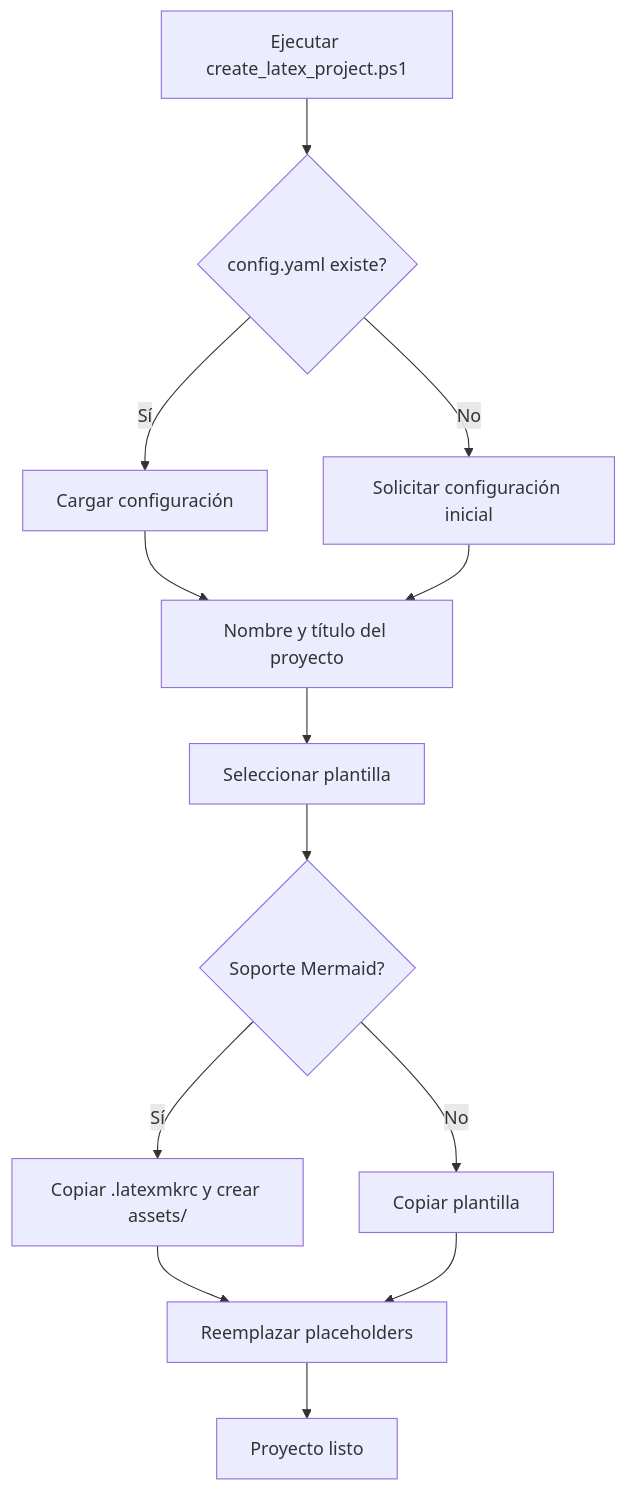
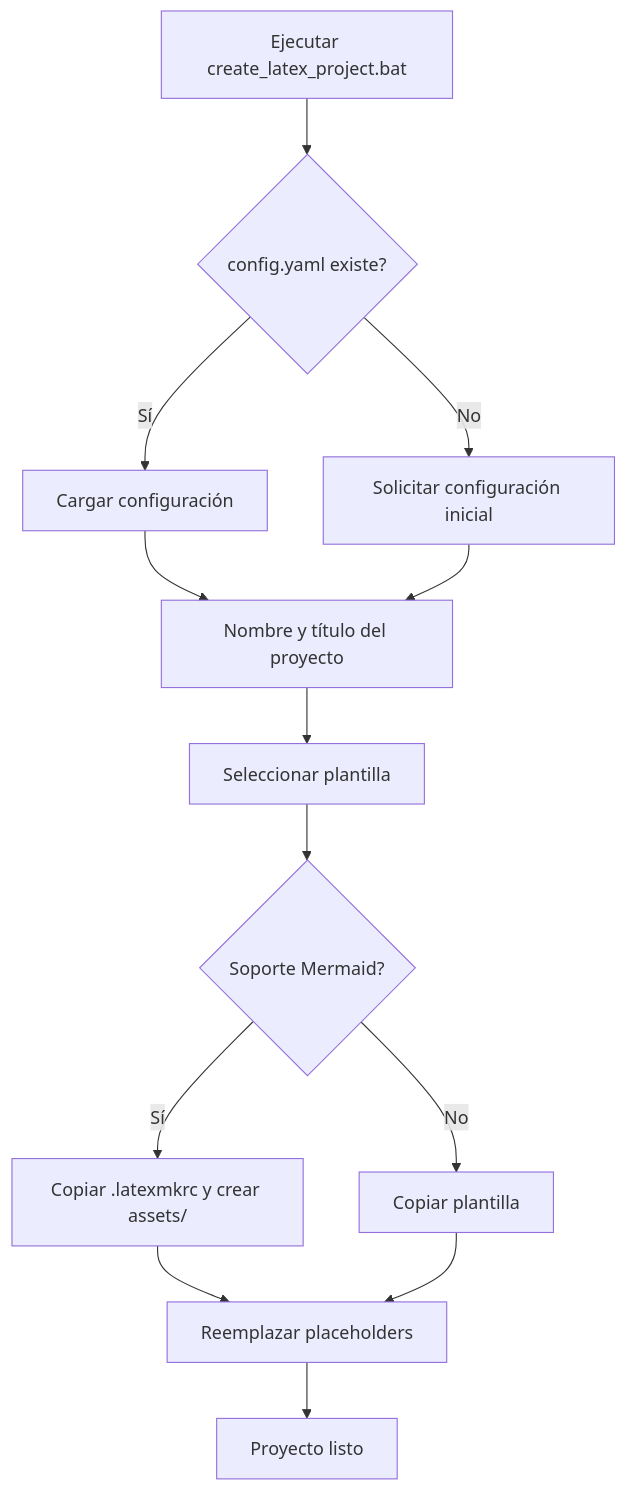
Before and after one commit to JheisonMB/LaTeX_env: the diagram in README.md, drawn with Mermaid. The commit also changed other lines of this file and 5 other files, not shown here.

Commit message:
feat: wrap create ps1 into bat file

````diff
--- a/README.md
+++ b/README.md
@@ -7,15 +7,15 @@
 ```mermaid
 flowchart TD
-    A[Ejecutar create_latex_project.ps1] --> B{config.yaml existe?}
+    A[Ejecutar create_latex_project.bat] --> B{config.yaml existe?}
     B -->|Sí| C[Cargar configuración]
     B -->|No| D[Solicitar configuración inicial]
     C --> E[Nombre y título del proyecto]
     D --> E
     E --> F[Seleccionar plantilla]
     F --> G{Soporte Mermaid?}
     G -->|Sí| H[Copiar .latexmkrc y crear assets/]
     G -->|No| I[Copiar plantilla]
     H --> J[Reemplazar placeholders]
     I --> J
     J --> K[Proyecto listo]
 ```
````
